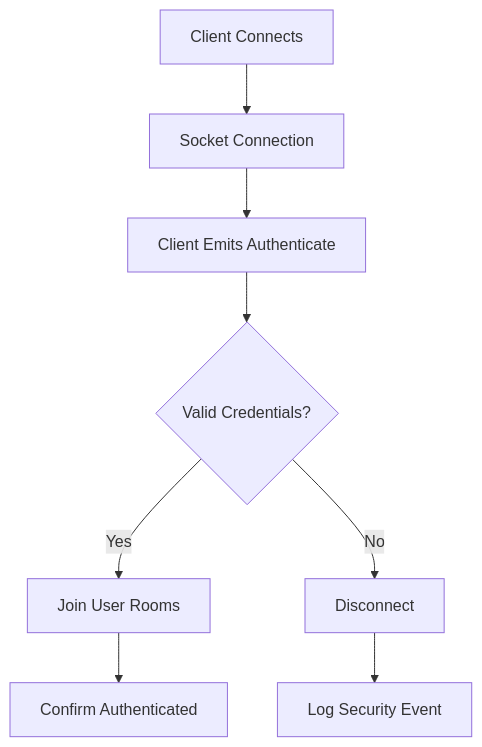
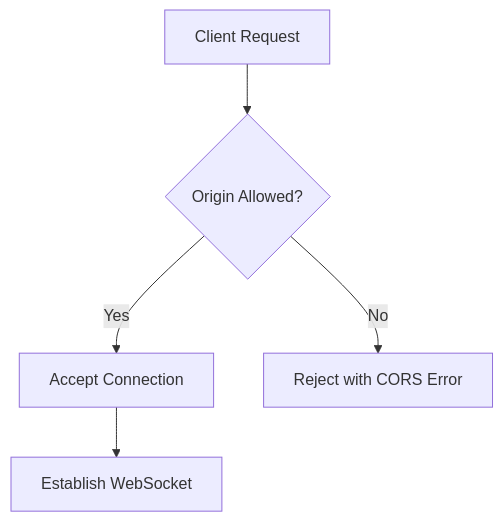
One commit to anshsharmacse/taskflow-socket changed the ninth of 11 diagrams in README.md. Above: the diagram before and after it, drawn with Mermaid. The commit also changed other lines of this file, not shown here.

````diff
--- a/README.md
+++ b/README.md
@@ -453,10 +387,7 @@
 ```mermaid
 flowchart TD
-    A[Client Connects] --> B[Socket Connection]
-    B --> C[Client Emits Authenticate]
-    C --> D{Valid Credentials?}
-    D -->|Yes| E[Join User Rooms]
-    D -->|No| F[Disconnect]
-    E --> G[Confirm Authenticated]
-    F --> H[Log Security Event]
+    A[Client Request] --> B{Origin Allowed?}
+    B -->|Yes| C[Accept Connection]
+    B -->|No| D[Reject with CORS Error]
+    C --> E[Establish WebSocket]
 ```
````
